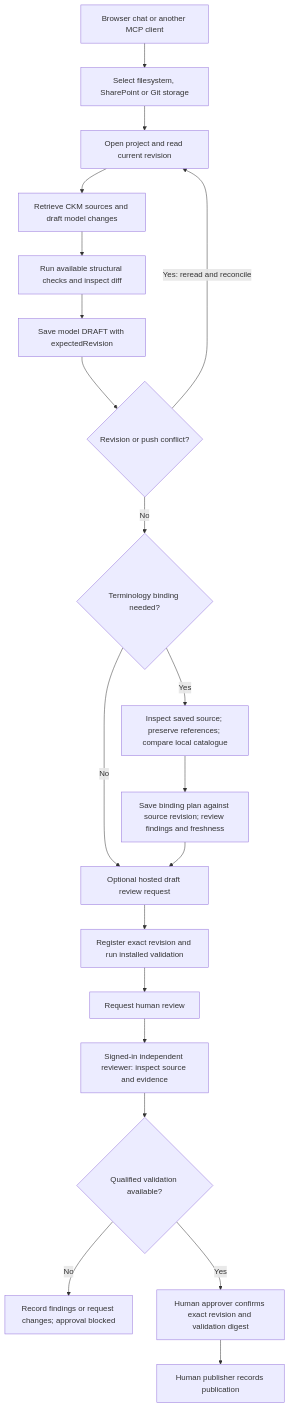
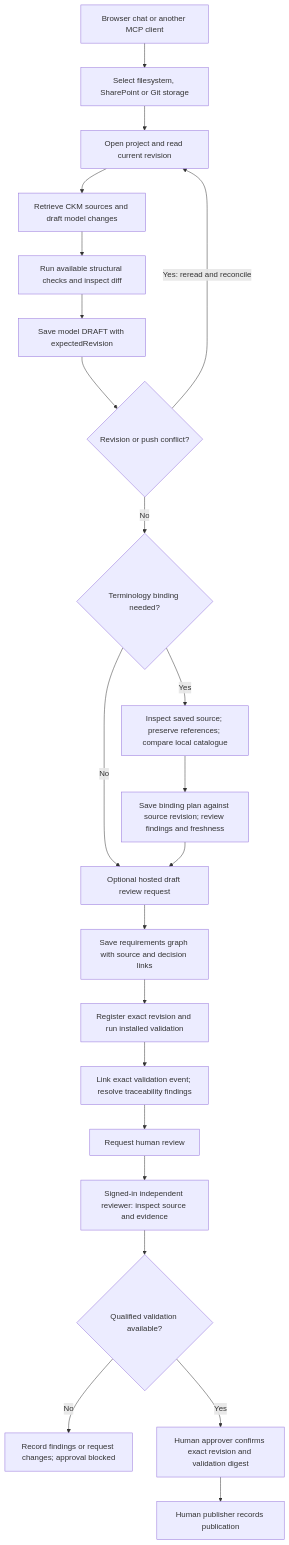
Before and after one commit to CzarMich/openehr-modelling-assistant: the second of 2 diagrams in README.md, drawn with Mermaid. The commit also changed other lines of this file and 46 other files, not shown here.

Commit message:
feat(traceability): persist requirements and verified model evidence trails

````diff
--- a/README.md
+++ b/README.md
@@ -135,21 +140,23 @@
 ```mermaid
 flowchart TD
     Chat[Browser chat or another MCP client] --> P[Select filesystem, SharePoint or Git storage] --> R[Open project and read current revision]
     R --> D[Retrieve CKM sources and draft model changes]
     D --> V[Run available structural checks and inspect diff]
     V --> S[Save model DRAFT with expectedRevision]
     S --> C{Revision or push conflict?}
     C -->|Yes: reread and reconcile| R
     C -->|No| T{Terminology binding needed?}
     T -->|No| PR[Optional hosted draft review request]
     T -->|Yes| B[Inspect saved source; preserve references; compare local catalogue]
     B --> TB[Save binding plan against source revision; review findings and freshness]
     TB --> PR
-    PR --> GP[Register exact revision and run installed validation]
-    GP --> RR[Request human review]
+    PR --> TG[Save requirements graph with source and decision links]
+    TG --> GP[Register exact revision and run installed validation]
+    GP --> EV[Link exact validation event; resolve traceability findings]
+    EV --> RR[Request human review]
     RR --> H[Signed-in independent reviewer: inspect source and evidence]
     H --> Q{Qualified validation available?}
     Q -->|No| F[Record findings or request changes; approval blocked]
     Q -->|Yes| A[Human approver confirms exact revision and validation digest]
     A --> PUB[Human publisher records publication]
 ```
````
